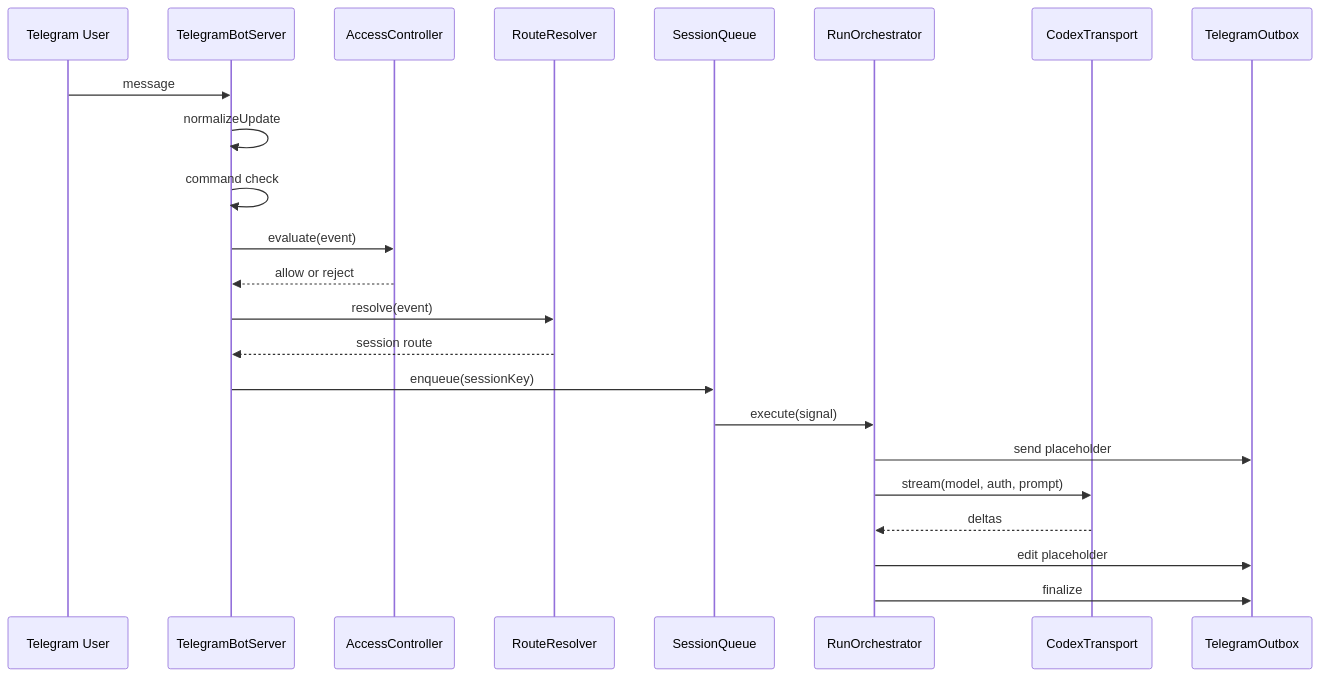
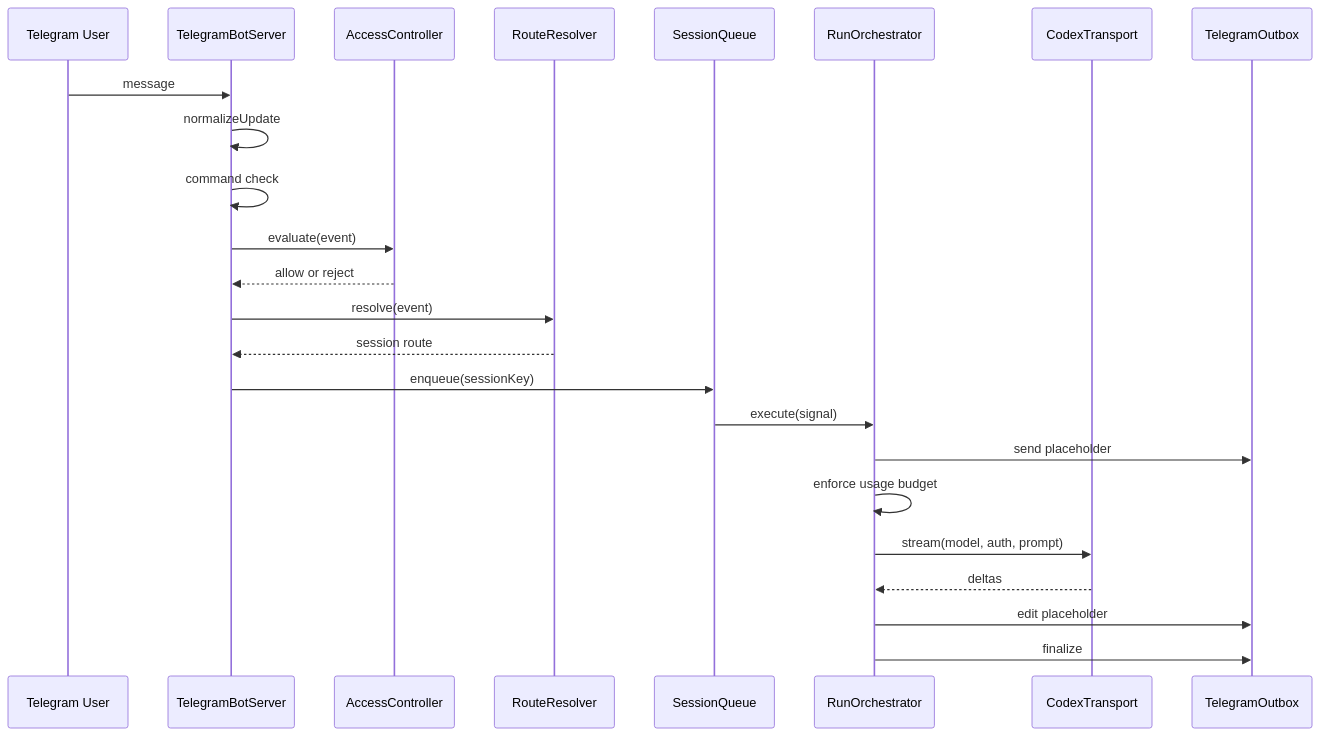
One commit to espresso95/mottbot changed the second of 2 diagrams in docs/architecture.md. Above: the diagram before and after it, drawn with Mermaid. The commit also changed other lines of this file and 20 other files, not shown here.

````diff
--- a/docs/architecture.md
+++ b/docs/architecture.md
@@ -162,26 +163,27 @@
 ```mermaid
 sequenceDiagram
   participant U as Telegram User
   participant B as TelegramBotServer
   participant A as AccessController
   participant R as RouteResolver
   participant Q as SessionQueue
   participant O as RunOrchestrator
   participant T as CodexTransport
   participant X as TelegramOutbox
 
   U->>B: message
   B->>B: normalizeUpdate
   B->>B: command check
   B->>A: evaluate(event)
   A-->>B: allow or reject
   B->>R: resolve(event)
   R-->>B: session route
   B->>Q: enqueue(sessionKey)
   Q->>O: execute(signal)
   O->>X: send placeholder
+  O->>O: enforce usage budget
   O->>T: stream(model, auth, prompt)
   T-->>O: deltas
   O->>X: edit placeholder
   O->>X: finalize
 ```
````
